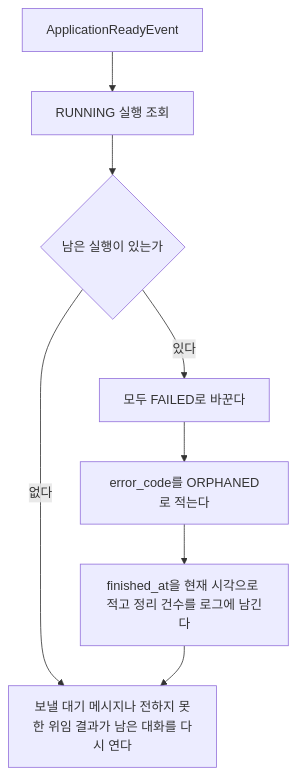
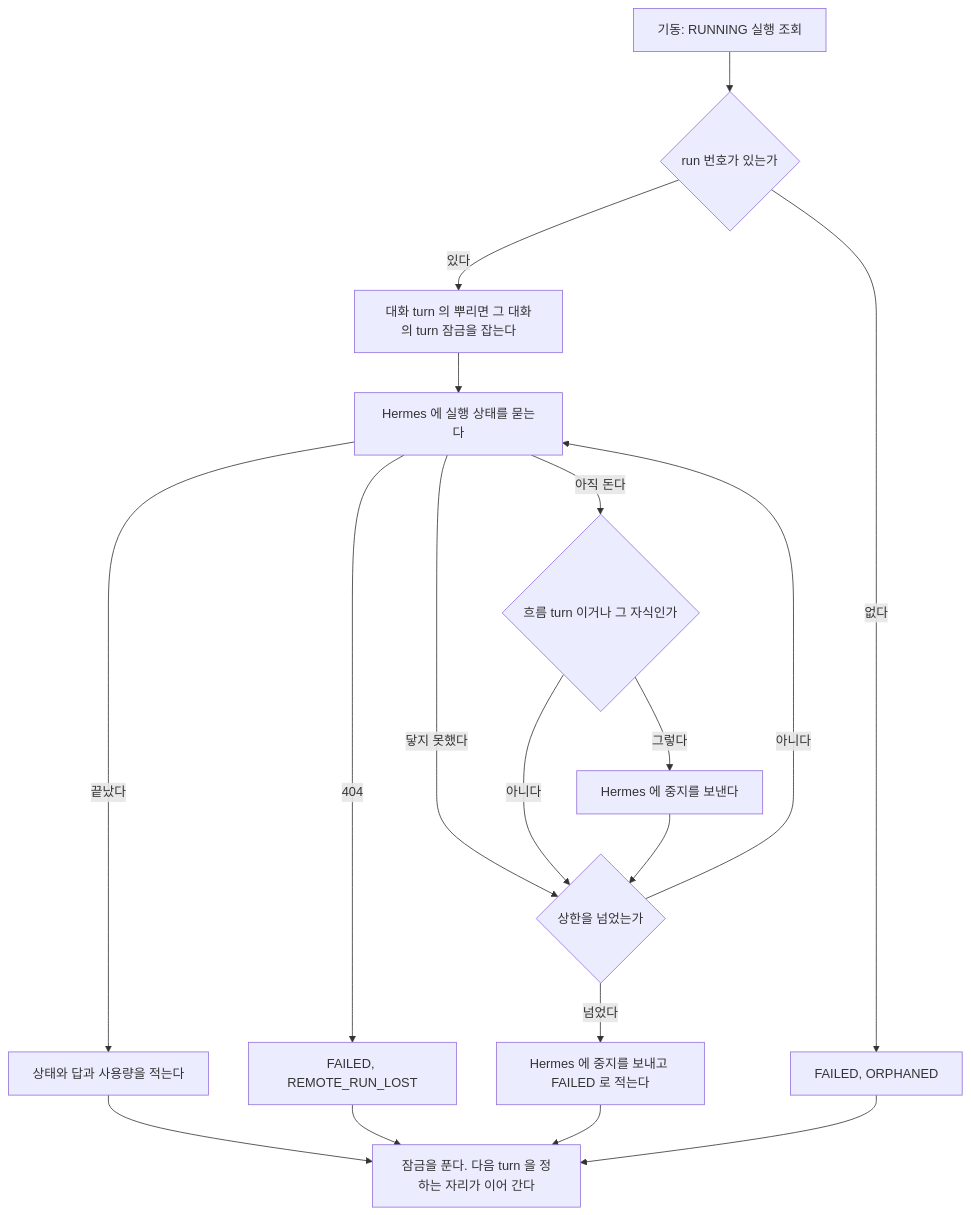
Before and after one commit to jon890/fos-assistant: the first of 3 diagrams in docs/backend/turn-control.md, drawn with Mermaid. The commit also changed other lines of this file and 6 other files, not shown here.

First line of the commit message:
docs(docs): 재기동 때 남은 실행을 Hermes 에 물어 정하는 결정과 흐름을 적는다

````diff
--- a/docs/backend/turn-control.md
+++ b/docs/backend/turn-control.md
@@ -111,10 +129,20 @@
 ```mermaid
 flowchart TD
-    A[ApplicationReadyEvent] --> B[RUNNING 실행 조회]
-    B --> C{남은 실행이 있는가}
-    C -- 없다 --> H[보낼 대기 메시지나 전하지 못한 위임 결과가 남은 대화를 다시 연다]
-    C -- 있다 --> E[모두 FAILED로 바꾼다]
-    E --> F[error_code를 ORPHANED로 적는다]
-    F --> G[finished_at을 현재 시각으로 적고 정리 건수를 로그에 남긴다]
-    G --> H
+    A[기동: RUNNING 실행 조회] --> B{run 번호가 있는가}
+    B -- 없다 --> O[FAILED, ORPHANED]
+    B -- 있다 --> C[대화 turn 의 뿌리면 그 대화의 turn 잠금을 잡는다]
+    C --> D[Hermes 에 실행 상태를 묻는다]
+    D -- 끝났다 --> E[상태와 답과 사용량을 적는다]
+    D -- 404 --> L[FAILED, REMOTE_RUN_LOST]
+    D -- 닿지 못했다 --> W{상한을 넘었는가}
+    D -- 아직 돈다 --> F{흐름 turn 이거나 그 자식인가}
+    F -- 그렇다 --> S[Hermes 에 중지를 보낸다]
+    F -- 아니다 --> W
+    S --> W
+    W -- 아니다 --> D
+    W -- 넘었다 --> T[Hermes 에 중지를 보내고 FAILED 로 적는다]
+    E --> R[잠금을 푼다. 다음 turn 을 정하는 자리가 이어 간다]
+    L --> R
+    T --> R
+    O --> R
 ```
````
